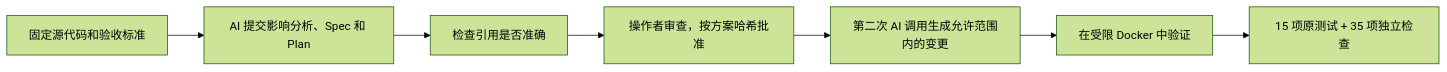
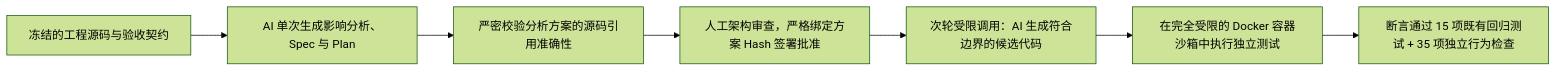
One commit to huangyingting/ai-native-sdlc changed the diagram in docs/guides/ai-native-sdlc/zh/05-engineering-judgment.md. Above: the diagram before and after it, drawn with Mermaid (forest theme). The commit also changed other lines of this file and 15 other files, not shown here.

````diff
--- a/docs/guides/ai-native-sdlc/zh/05-engineering-judgment.md
+++ b/docs/guides/ai-native-sdlc/zh/05-engineering-judgment.md
@@ -41,9 +36,9 @@
 ```mermaid
 flowchart LR
-  B["固定源代码和验收标准"] --> A["AI 提交影响分析、Spec 和 Plan"]
-  A --> Q["检查引用是否准确"]
-  Q --> H["操作者审查，按方案哈希批准"]
-  H --> I["第二次 AI 调用生成允许范围内的变更"]
-  I --> X["在受限 Docker 中验证"]
-  X --> L["15 项原测试 + 35 项独立检查"]
+  B["冻结的工程源码与验收契约"] --> A["AI 单次生成影响分析、Spec 与 Plan"]
+  A --> Q["严密校验分析方案的源码引用准确性"]
+  Q --> H["人工架构审查，严格绑定方案 Hash 签署批准"]
+  H --> I["次轮受限调用：AI 生成符合边界的候选代码"]
+  I --> X["在完全受限的 Docker 容器沙箱中执行独立测试"]
+  X --> L["断言通过 15 项既有回归测试 + 35 项独立行为检查"]
 ```
````
